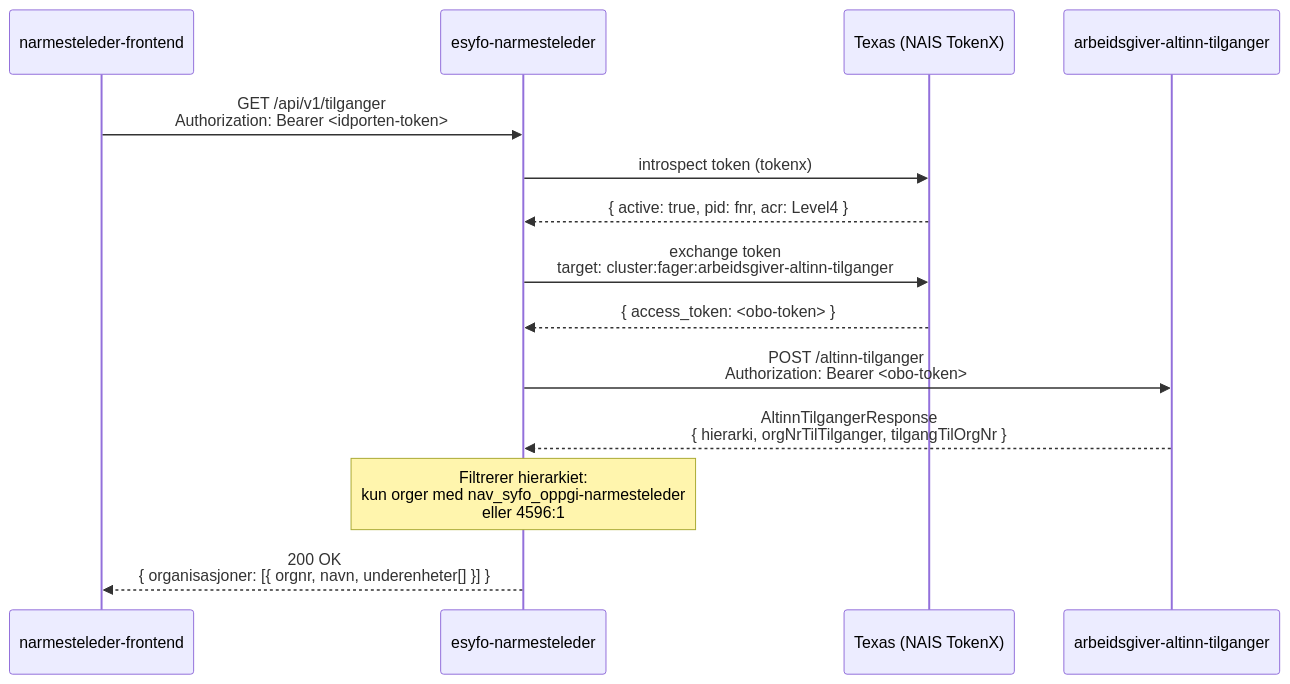
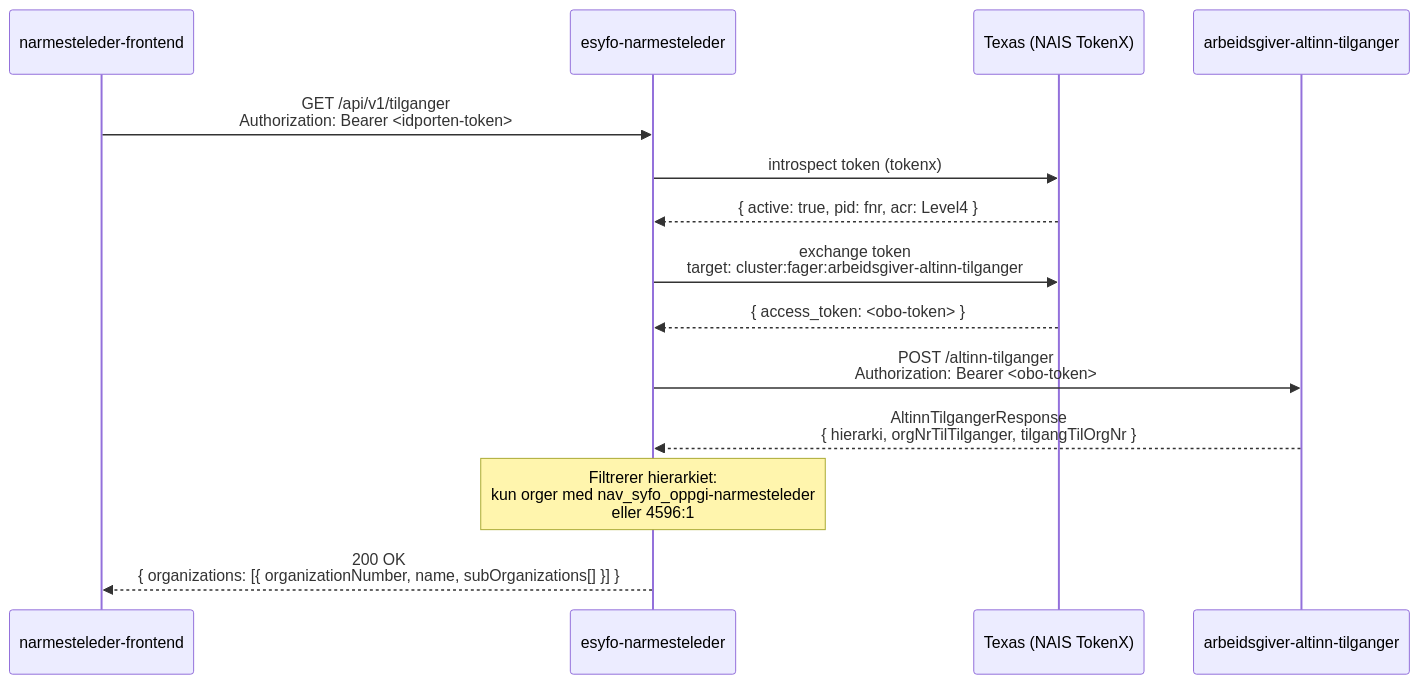
The diagram in docs/tilganger-api.md (navikt/esyfo-narmesteleder), drawn with Mermaid before and after one commit. The commit also changed other lines of this file and 6 other files, not shown here.

First line of the commit message:
refactor: use English names for accessible organizations API

````diff
--- a/docs/tilganger-api.md
+++ b/docs/tilganger-api.md
@@ -7,21 +7,21 @@
 ```mermaid
 sequenceDiagram
     participant FE as narmesteleder-frontend
     participant API as esyfo-narmesteleder
     participant TX as Texas (NAIS TokenX)
     participant AT as arbeidsgiver-altinn-tilganger
 
     FE->>API: GET /api/v1/tilganger<br/>Authorization: Bearer <idporten-token>
     API->>TX: introspect token (tokenx)
     TX-->>API: { active: true, pid: fnr, acr: Level4 }
 
     API->>TX: exchange token<br/>target: cluster:fager:arbeidsgiver-altinn-tilganger
     TX-->>API: { access_token: <obo-token> }
 
     API->>AT: POST /altinn-tilganger<br/>Authorization: Bearer <obo-token>
     AT-->>API: AltinnTilgangerResponse<br/>{ hierarki, orgNrTilTilganger, tilgangTilOrgNr }
 
     Note over API: Filtrerer hierarkiet:<br/>kun orger med nav_syfo_oppgi-narmesteleder<br/>eller 4596:1
 
-    API-->>FE: 200 OK<br/>{ organisasjoner: [{ orgnr, navn, underenheter[] }] }
+    API-->>FE: 200 OK<br/>{ organizations: [{ organizationNumber, name, subOrganizations[] }] }
 ```
````
